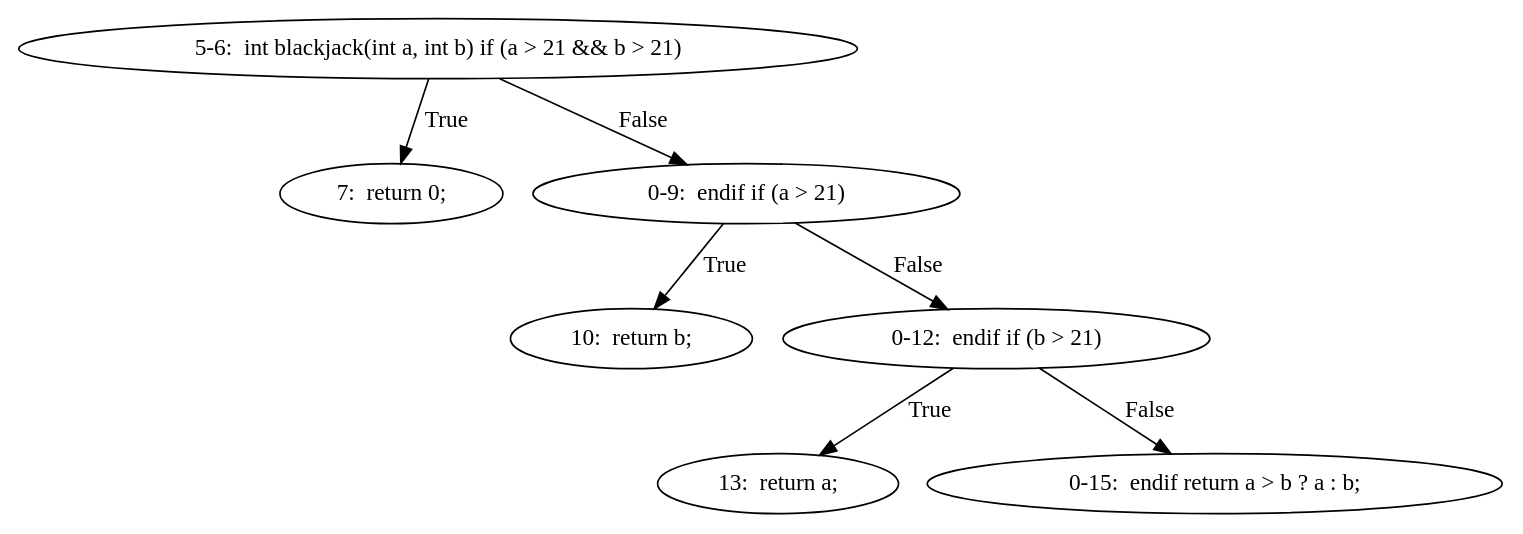
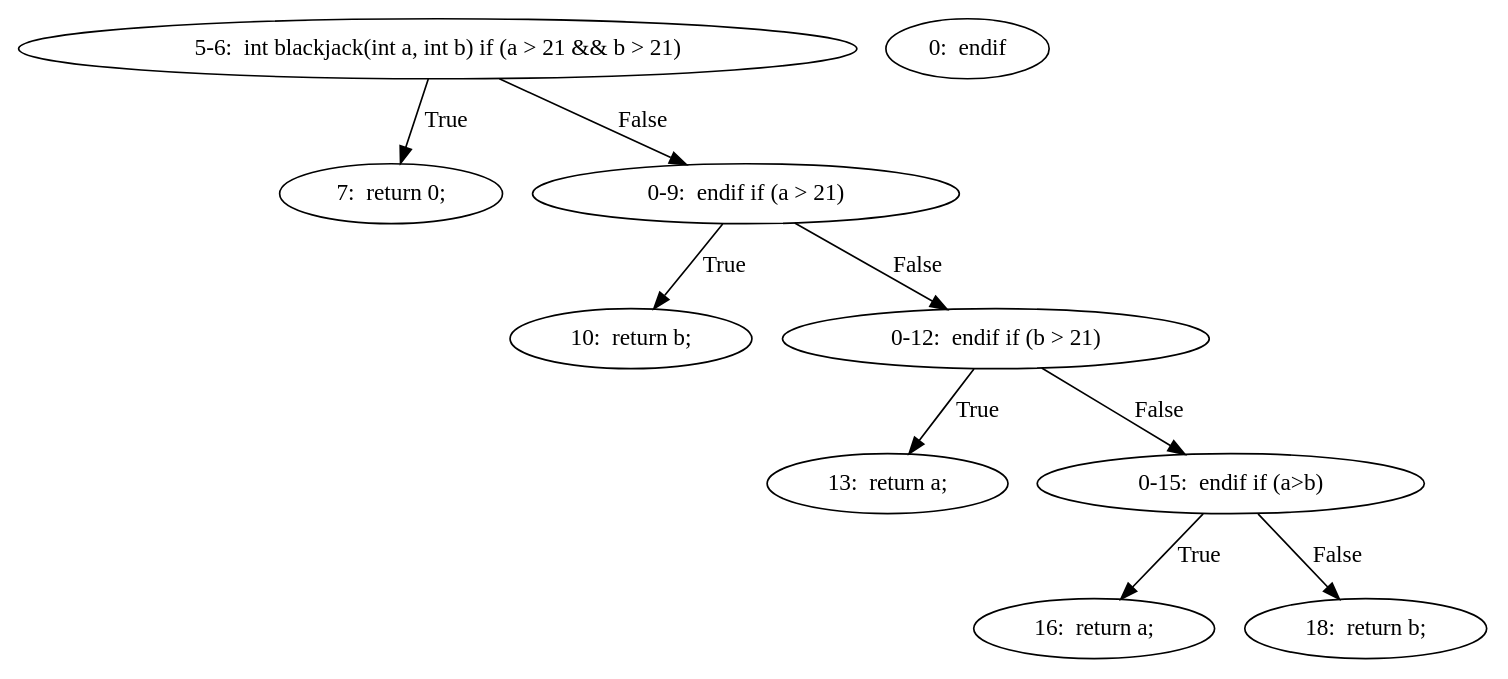
One commit to Jisoo-Min/Graph-Match changed the diagram in data/basic_blocks/dot/Logic2Blackjack-CFG.dot. Above: the diagram before and after it, drawn with Graphviz. The commit also changed 115 other files, not shown here.

```diff
--- a/data/basic_blocks/dot/Logic2Blackjack-CFG.dot
+++ b/data/basic_blocks/dot/Logic2Blackjack-CFG.dot
@@ -1,17 +1,22 @@
 digraph result_test { 
 // graph-vertices
   a1  [label="5-6:  int blackjack(int a, int b)	if (a > 21 && b > 21)"]; 
   2  [label="7:  return 0;"]; 
   a2  [label="0-9:  endif	if (a > 21)"]; 
   5  [label="10:  return b;"]; 
   a3  [label="0-12:  endif	if (b > 21)"]; 
   8  [label="13:  return a;"]; 
-  a4  [label="0-15:  endif	return a > b ? a : b;"]; 
+  a4  [label="0-15:  endif	if (a>b)"]; 
+  11  [label="16:  return a;"]; 
+  12  [label="0:  endif"]; 
+  13  [label="18:  return b;"]; 
 // graph-edges
   a1 -> 2  [label="True"]; 
   a1 -> a2  [label="False"]; 
   a2 -> 5  [label="True"]; 
   a2 -> a3  [label="False"]; 
   a3 -> 8  [label="True"]; 
   a3 -> a4  [label="False"]; 
+  a4 -> 11  [label="True"]; 
+  a4 -> 13  [label="False"]; 
 }
```
